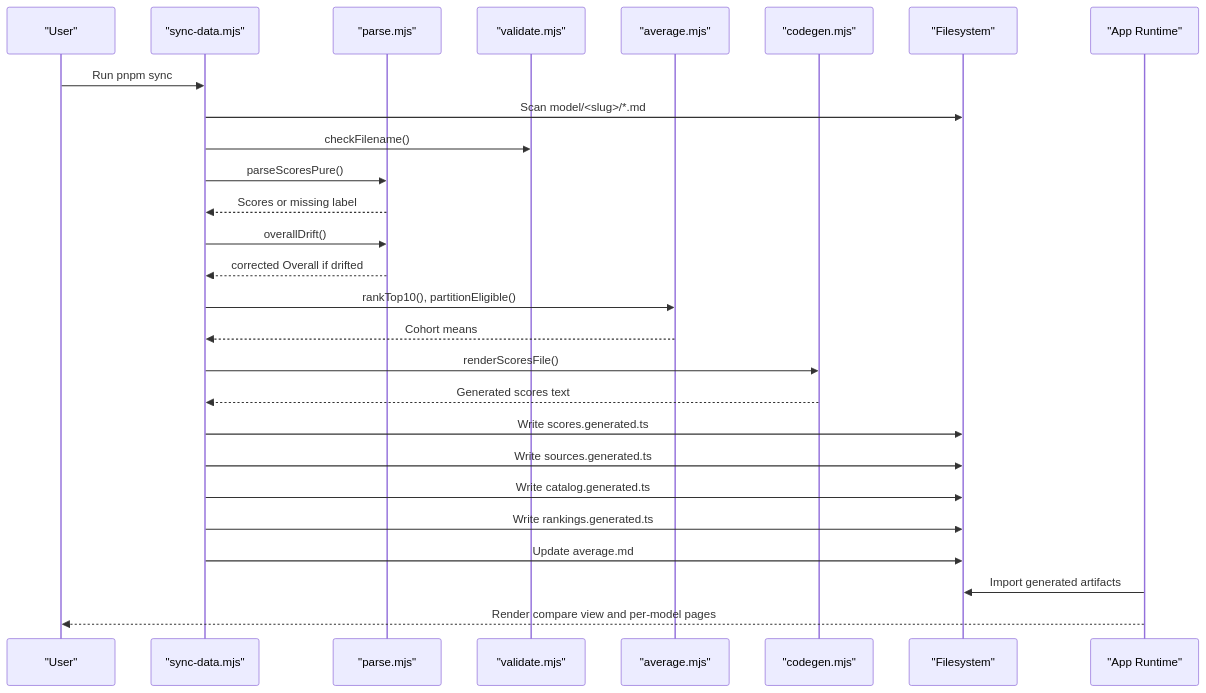
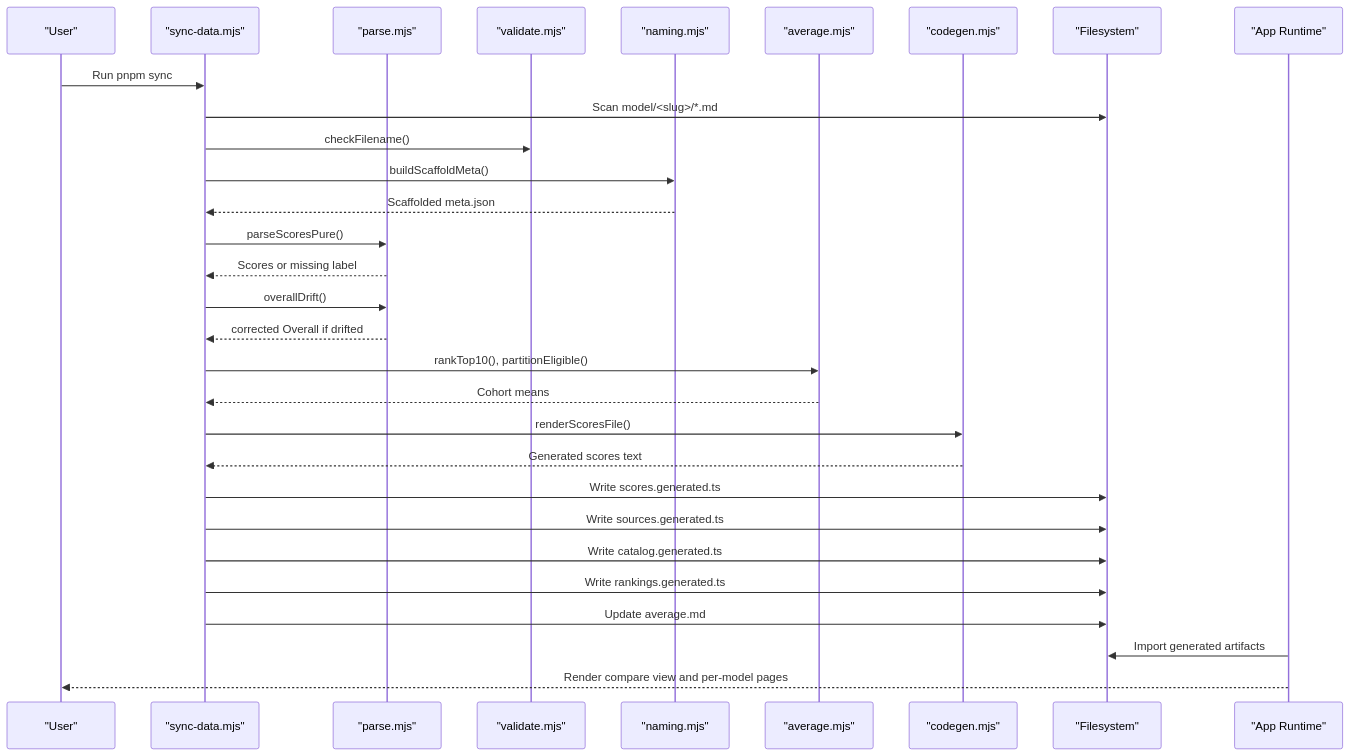
Before and after one commit to delirium-dj/modelcomp: the tenth of 17 diagrams in .qoder/repowiki/en/content/Data Management System/Data Management System.md, drawn with Mermaid. The commit also changed other lines of this file and 141 other files, not shown here.

````diff
--- a/.qoder/repowiki/en/content/Data Management System/Data Management System.md
+++ b/.qoder/repowiki/en/content/Data Management System/Data Management System.md
@@ -380,29 +389,32 @@
 ```mermaid
 sequenceDiagram
 participant User as "User"
 participant Sync as "sync-data.mjs"
 participant Parse as "parse.mjs"
 participant Validate as "validate.mjs"
+participant Naming as "naming.mjs"
 participant Average as "average.mjs"
 participant Codegen as "codegen.mjs"
 participant FS as "Filesystem"
 participant App as "App Runtime"
 User->>Sync : Run pnpm sync
 Sync->>FS : Scan model/<slug>/*.md
 Sync->>Validate : checkFilename()
+Sync->>Naming : buildScaffoldMeta()
+Naming-->>Sync : Scaffolded meta.json
 Sync->>Parse : parseScoresPure()
 Parse-->>Sync : Scores or missing label
 Sync->>Parse : overallDrift()
 Parse-->>Sync : corrected Overall if drifted
 Sync->>Average : rankTop10(), partitionEligible()
 Average-->>Sync : Cohort means
 Sync->>Codegen : renderScoresFile()
 Codegen-->>Sync : Generated scores text
 Sync->>FS : Write scores.generated.ts
 Sync->>FS : Write sources.generated.ts
 Sync->>FS : Write catalog.generated.ts
 Sync->>FS : Write rankings.generated.ts
 Sync->>FS : Update average.md
 App->>FS : Import generated artifacts
 App-->>User : Render compare view and per-model pages
 ```
````
